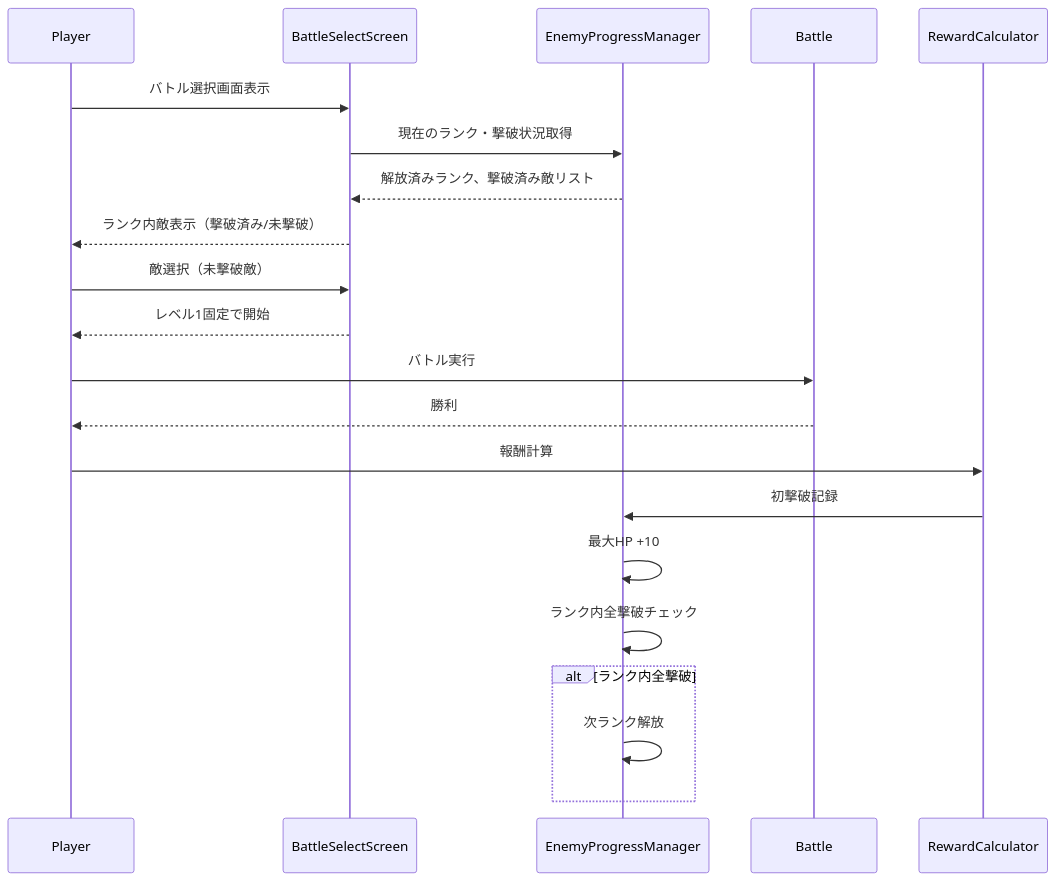
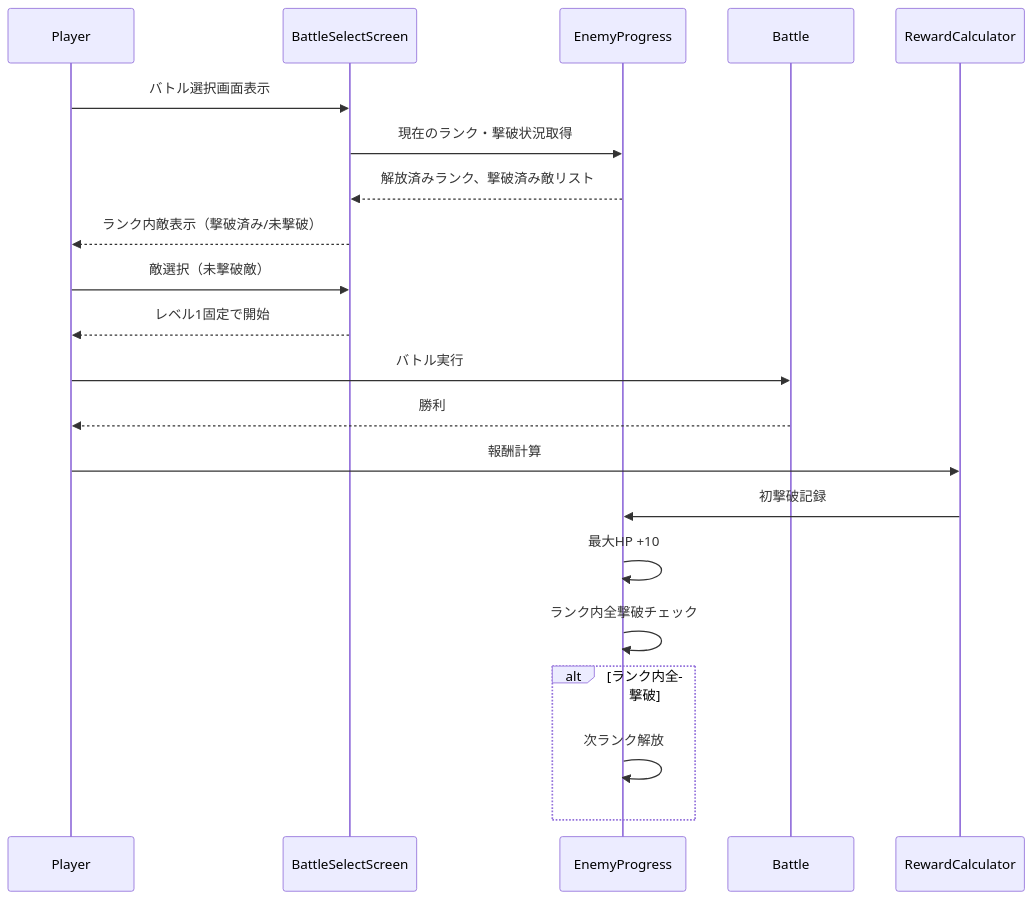
One commit to hirorocky/BlitzTypingOperator changed the second of 4 diagrams in .kiro/specs/core-level-removal/design.md. Above: the diagram before and after it, drawn with Mermaid. The commit also changed other lines of this file and 6 other files, not shown here.

````diff
--- a/.kiro/specs/core-level-removal/design.md
+++ b/.kiro/specs/core-level-removal/design.md
@@ -125,25 +128,25 @@
 ```mermaid
 sequenceDiagram
     participant P as Player
     participant BS as BattleSelectScreen
-    participant PM as EnemyProgressManager
+    participant EP as EnemyProgress
     participant B as Battle
     participant R as RewardCalculator
 
     P->>BS: バトル選択画面表示
-    BS->>PM: 現在のランク・撃破状況取得
-    PM-->>BS: 解放済みランク、撃破済み敵リスト
+    BS->>EP: 現在のランク・撃破状況取得
+    EP-->>BS: 解放済みランク、撃破済み敵リスト
     BS-->>P: ランク内敵表示（撃破済み/未撃破）
 
     P->>BS: 敵選択（未撃破敵）
     BS-->>P: レベル1固定で開始
     P->>B: バトル実行
     B-->>P: 勝利
     P->>R: 報酬計算
-    R->>PM: 初撃破記録
-    PM->>PM: 最大HP +10
-    PM->>PM: ランク内全撃破チェック
+    R->>EP: 初撃破記録
+    EP->>EP: 最大HP +10
+    EP->>EP: ランク内全撃破チェック
     alt ランク内全撃破
-        PM->>PM: 次ランク解放
+        EP->>EP: 次ランク解放
     end
 ```
````
